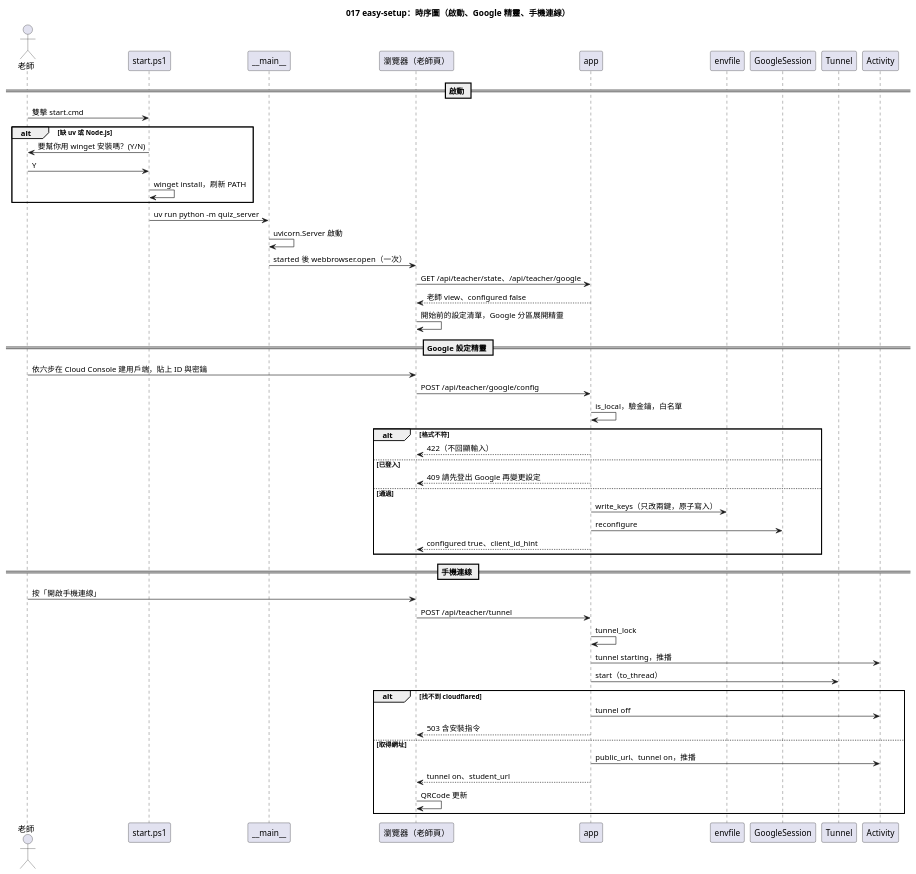
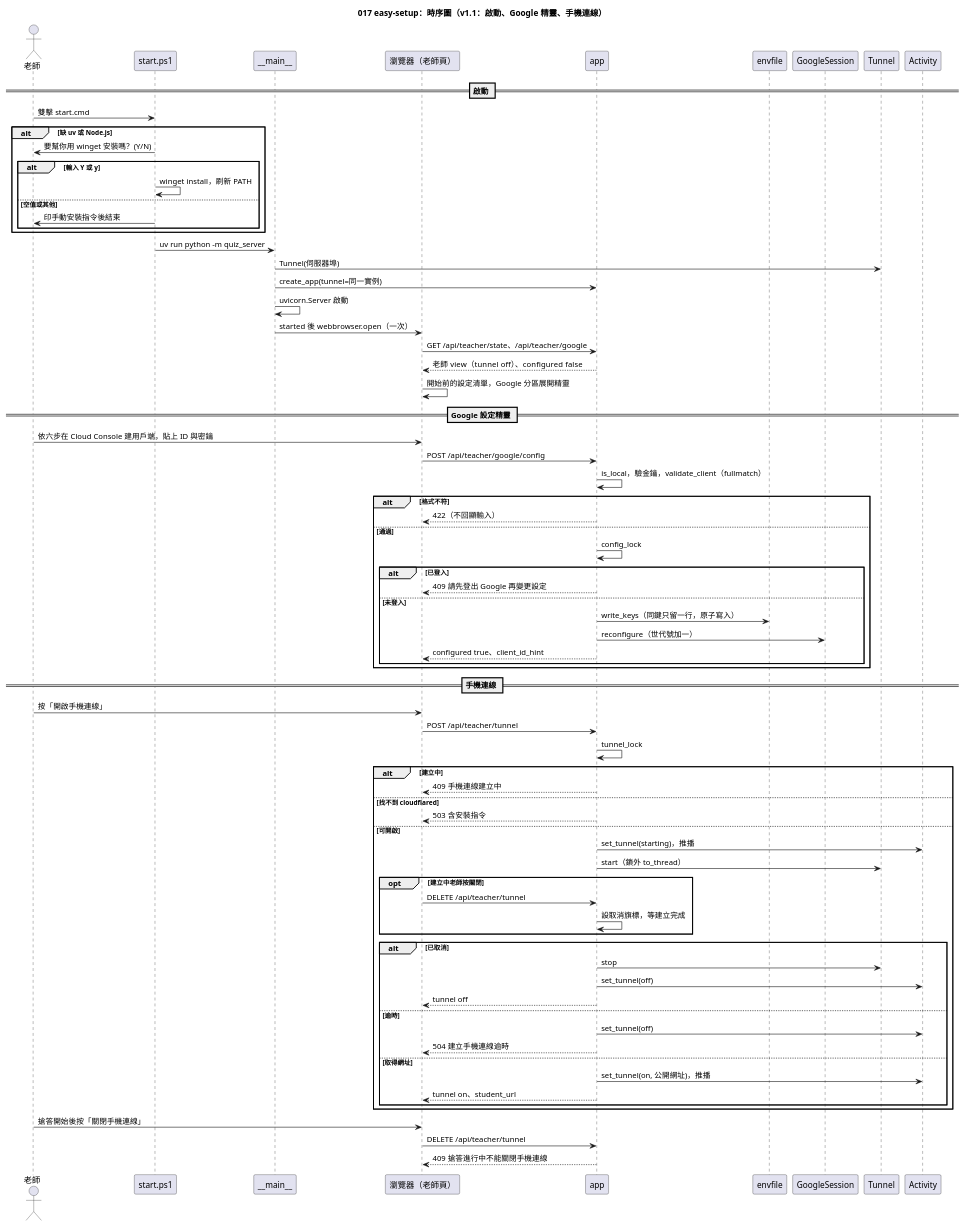
One commit to yue083139/software_fin-speckit changed the diagram in diagrams/017-easy-setup-sequence.puml. Above: the diagram before and after it, drawn with PlantUML. The commit also changed 39 other files, not shown here.

First line of the commit message:
feat(server,web): [CORE] 017-easy-setup v1.1——啟動即進老師頁、Google 設定精靈、一鍵手機連線、啟動腳本代裝（與 OpenSpec 組同批）

```diff
--- a/diagrams/017-easy-setup-sequence.puml
+++ b/diagrams/017-easy-setup-sequence.puml
@@ -1,56 +1,80 @@
 @startuml 017-easy-setup-sequence
-title 017 easy-setup：時序圖（啟動、Google 精靈、手機連線）
+title 017 easy-setup：時序圖（v1.1：啟動、Google 精靈、手機連線）
 
 actor 老師 as T
 participant "start.ps1" as PS
 participant "~__main__" as M
 participant "瀏覽器（老師頁）" as B
 participant "app" as A
 participant "envfile" as E
 participant "GoogleSession" as G
 participant "Tunnel" as TN
 participant "Activity" as ACT
 
 == 啟動 ==
 T -> PS : 雙擊 start.cmd
 alt 缺 uv 或 Node.js
   PS -> T : 要幫你用 winget 安裝嗎？(Y/N)
-  T -> PS : Y
-  PS -> PS : winget install，刷新 PATH
+  alt 輸入 Y 或 y
+    PS -> PS : winget install，刷新 PATH
+  else 空值或其他
+    PS -> T : 印手動安裝指令後結束
+  end
 end
 PS -> M : uv run python -m quiz_server
+M -> TN : Tunnel(伺服器埠)
+M -> A : create_app(tunnel=同一實例)
 M -> M : uvicorn.Server 啟動
 M -> B : started 後 webbrowser.open（一次）
 B -> A : GET /api/teacher/state、/api/teacher/google
-A --> B : 老師 view、configured false
+A --> B : 老師 view（tunnel off）、configured false
 B -> B : 開始前的設定清單，Google 分區展開精靈
 
 == Google 設定精靈 ==
 T -> B : 依六步在 Cloud Console 建用戶端，貼上 ID 與密鑰
 B -> A : POST /api/teacher/google/config
-A -> A : is_local，驗金鑰，白名單
+A -> A : is_local，驗金鑰，validate_client（fullmatch）
 alt 格式不符
   A --> B : 422（不回顯輸入）
-else 已登入
-  A --> B : 409 請先登出 Google 再變更設定
 else 通過
-  A -> E : write_keys（只改兩鍵，原子寫入）
-  A -> G : reconfigure
-  A --> B : configured true、client_id_hint
+  A -> A : config_lock
+  alt 已登入
+    A --> B : 409 請先登出 Google 再變更設定
+  else 未登入
+    A -> E : write_keys（同鍵只留一行，原子寫入）
+    A -> G : reconfigure（世代號加一）
+    A --> B : configured true、client_id_hint
+  end
 end
 
 == 手機連線 ==
 T -> B : 按「開啟手機連線」
 B -> A : POST /api/teacher/tunnel
 A -> A : tunnel_lock
-A -> ACT : tunnel starting，推播
-A -> TN : start（to_thread）
-alt 找不到 cloudflared
-  A -> ACT : tunnel off
+alt 建立中
+  A --> B : 409 手機連線建立中
+else 找不到 cloudflared
   A --> B : 503 含安裝指令
-else 取得網址
-  A -> ACT : public_url、tunnel on，推播
-  A --> B : tunnel on、student_url
-  B -> B : QRCode 更新
+else 可開啟
+  A -> ACT : set_tunnel(starting)，推播
+  A -> TN : start（鎖外 to_thread）
+  opt 建立中老師按關閉
+    B -> A : DELETE /api/teacher/tunnel
+    A -> A : 設取消旗標，等建立完成
+  end
+  alt 已取消
+    A -> TN : stop
+    A -> ACT : set_tunnel(off)
+    A --> B : tunnel off
+  else 逾時
+    A -> ACT : set_tunnel(off)
+    A --> B : 504 建立手機連線逾時
+  else 取得網址
+    A -> ACT : set_tunnel(on, 公開網址)，推播
+    A --> B : tunnel on、student_url
+  end
 end
+T -> B : 搶答開始後按「關閉手機連線」
+B -> A : DELETE /api/teacher/tunnel
+A --> B : 409 搶答進行中不能關閉手機連線
 @enduml
```
